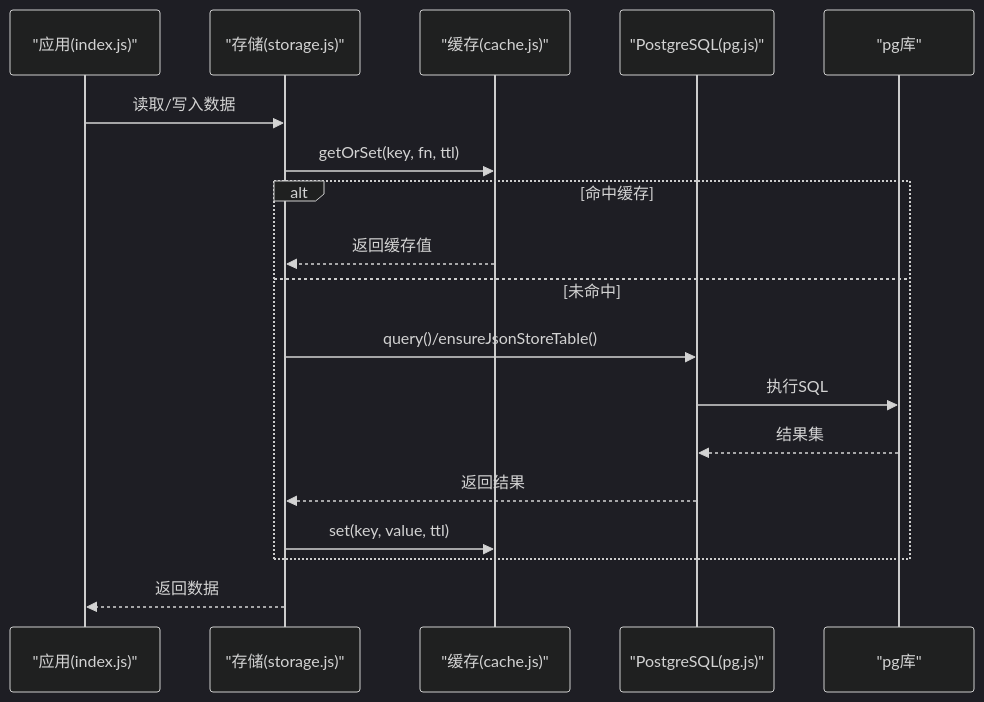
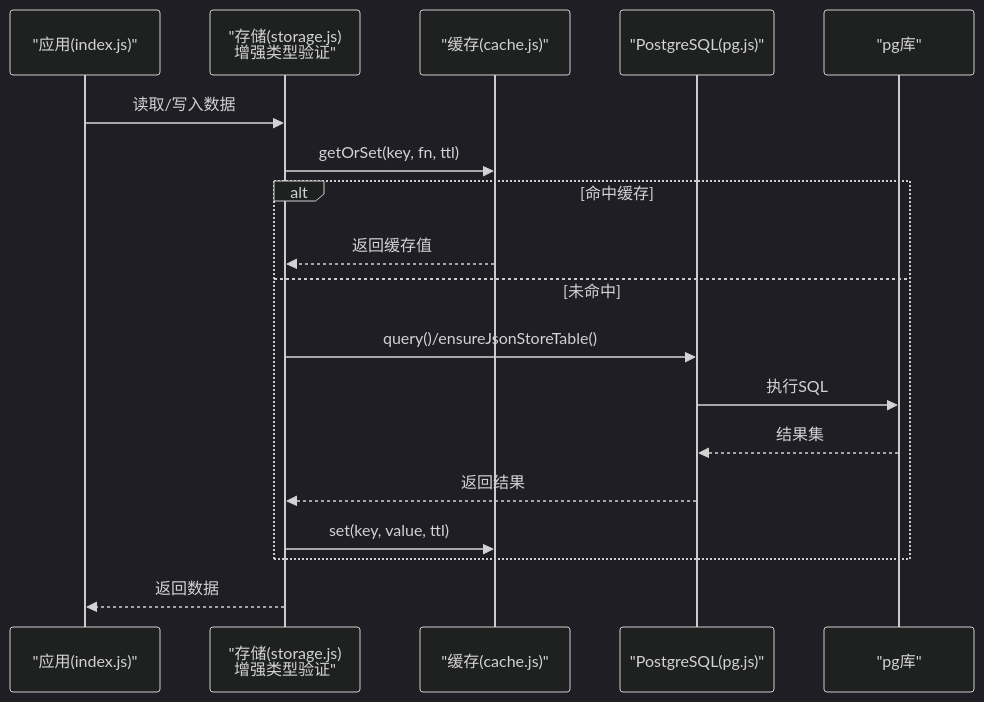
Before and after one commit to Giraffe-Han/microAPP: the second of 6 diagrams in .qoder/repowiki/zh/content/后端服务架构/数据存储系统/PostgreSQL数据库集成.md, drawn with Mermaid (dark theme). The commit also changed other lines of this file and 42 other files, not shown here.

````diff
--- a/.qoder/repowiki/zh/content/后端服务架构/数据存储系统/PostgreSQL数据库集成.md
+++ b/.qoder/repowiki/zh/content/后端服务架构/数据存储系统/PostgreSQL数据库集成.md
@@ -107,20 +116,20 @@
 ```mermaid
 sequenceDiagram
 participant App as "应用(index.js)"
-participant Store as "存储(storage.js)"
+participant Store as "存储(storage.js)<br/>增强类型验证"
 participant Cache as "缓存(cache.js)"
 participant DB as "PostgreSQL(pg.js)"
 participant PGlib as "pg库"
 App->>Store : 读取/写入数据
 Store->>Cache : getOrSet(key, fn, ttl)
 alt 命中缓存
 Cache-->>Store : 返回缓存值
 else 未命中
 Store->>DB : query()/ensureJsonStoreTable()
 DB->>PGlib : 执行SQL
 PGlib-->>DB : 结果集
 DB-->>Store : 返回结果
 Store->>Cache : set(key, value, ttl)
 end
 Store-->>App : 返回数据
 ```
````
